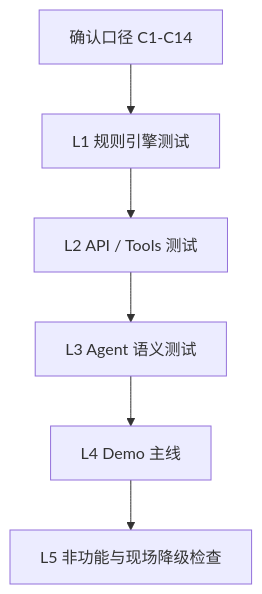
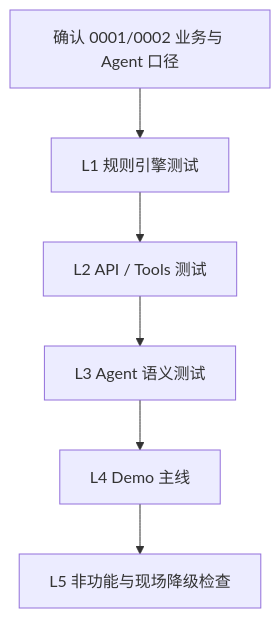
Before and after one commit to 00INDEX/north-hackathon-team-11-meeting: the first of 3 diagrams in docs/rfcs/0003-meeting-e2e-test-rfc.md, drawn with Mermaid. The commit also changed other lines of this file and 2 other files, not shown here.

First line of the commit message:
feat(ui): 重构前端为三栏布局会务 Agent 界面

````diff
--- a/docs/rfcs/0003-meeting-e2e-test-rfc.md
+++ b/docs/rfcs/0003-meeting-e2e-test-rfc.md
@@ -39,8 +45,8 @@
 ```mermaid
 flowchart TD
-    A[确认口径 C1-C14] --> B[L1 规则引擎测试]
+    A[确认 0001/0002 业务与 Agent 口径] --> B[L1 规则引擎测试]
     B --> C[L2 API / Tools 测试]
     C --> D[L3 Agent 语义测试]
     D --> E[L4 Demo 主线]
     E --> F[L5 非功能与现场降级检查]
 ```
````
